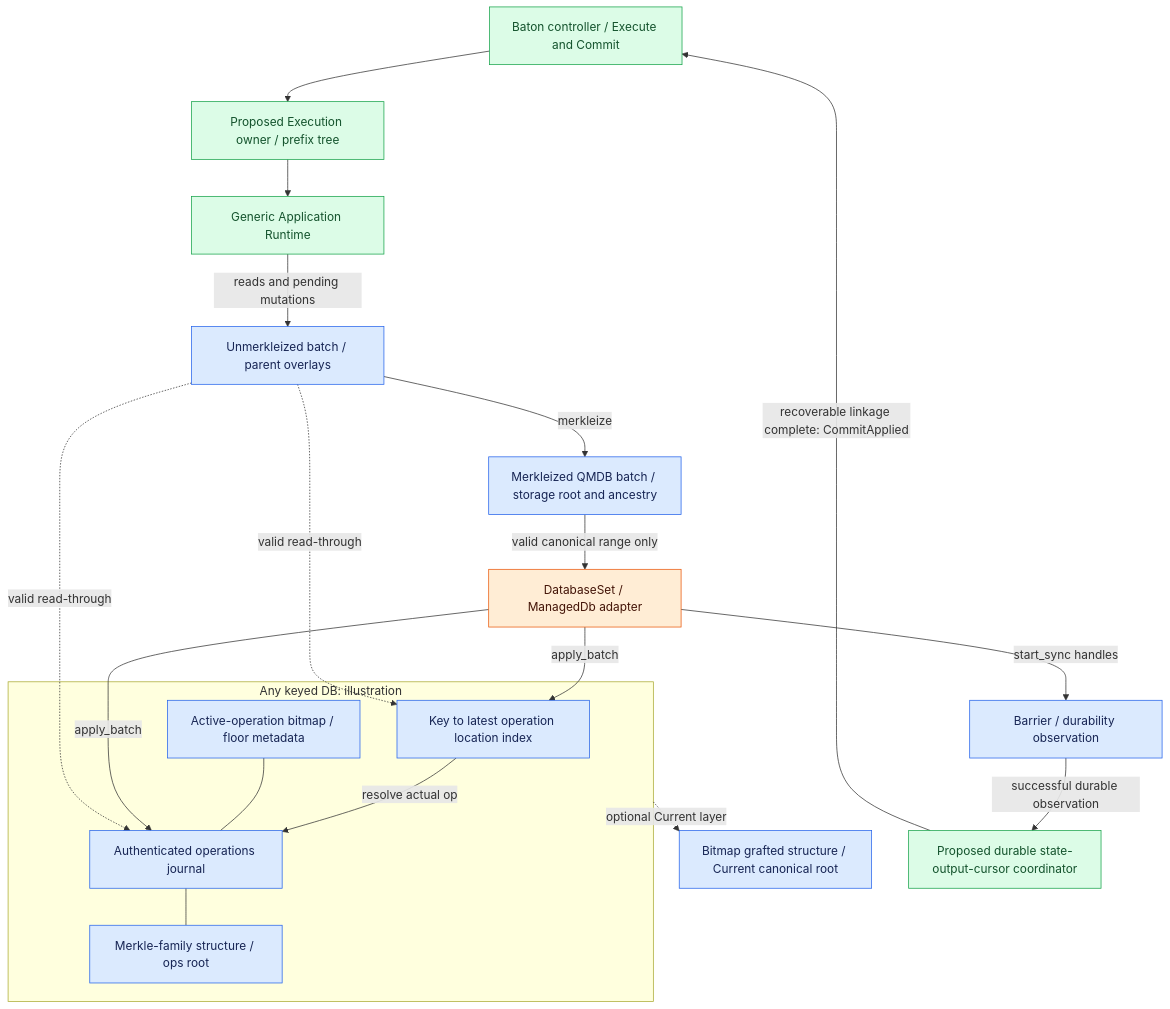
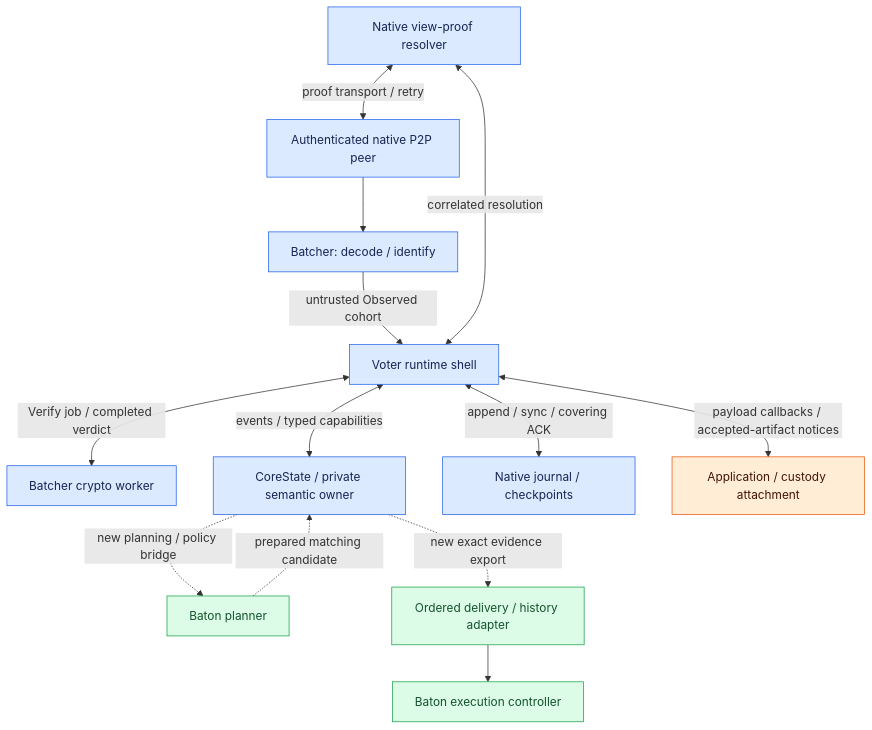
Before and after one commit to djm07073/baton-research: the diagram in assets/diagrams/diagram-16.mmd, drawn with Mermaid. The commit also changed 13 other files, not shown here.

Commit message:
docs: diagram native dissemination and agreement flow

```diff
--- a/assets/diagrams/diagram-16.mmd
+++ b/assets/diagrams/diagram-16.mmd
@@ -1,29 +1,19 @@
 flowchart TB
-    B[Baton controller / Execute and Commit] --> O[Proposed Execution owner / prefix tree]
-    O --> R[Generic Application Runtime]
-    R -->|reads and pending mutations| U[Unmerkleized batch / parent overlays]
-    U -->|merkleize| K[Merkleized QMDB batch / storage root and ancestry]
-    K -->|valid canonical range only| D[DatabaseSet / ManagedDb adapter]
-    subgraph Q[Any keyed DB: illustration]
-        I[Key to latest operation location index]
-        L[Authenticated operations journal]
-        M[Merkle-family structure / ops root]
-        A[Active-operation bitmap / floor metadata]
-        I -->|resolve actual op| L
-        L --- M
-        A --- L
-    end
-    D -->|apply_batch| I
-    D -->|apply_batch| L
-    U -. valid read-through .-> I
-    U -. valid read-through .-> L
-    Q -. optional Current layer .-> C[Bitmap grafted structure / Current canonical root]
-    D -->|start_sync handles| F[Barrier / durability observation]
-    F -->|successful durable observation| J[Proposed durable state-output-cursor coordinator]
-    J -->|recoverable linkage complete: CommitApplied| B
+    W[Authenticated native P2P peer] --> B[Batcher: decode / identify]
+    B -->|untrusted Observed cohort| V[Voter runtime shell]
+    V <-->|Verify job / completed verdict| K[Batcher crypto worker]
+    R[Native view-proof resolver] <-->|proof transport / retry| W
+    R <-->|correlated resolution| V
+    V <-->|events / typed capabilities| C[CoreState / private semantic owner]
+    V <-->|append / sync / covering ACK| J[Native journal / checkpoints]
+    V <-->|payload callbacks / accepted-artifact notices| A[Application / custody attachment]
+    C -. new planning / policy bridge .-> P[Baton planner]
+    P -. prepared matching candidate .-> C
+    C -. new exact evidence export .-> D[Ordered delivery / history adapter]
+    D --> E[Baton execution controller]
     classDef reuse fill:#dbeafe,stroke:#2563eb,color:#172554;
     classDef adapt fill:#ffedd5,stroke:#ea580c,color:#431407;
     classDef fresh fill:#dcfce7,stroke:#16a34a,color:#14532d;
-    class U,K,I,L,M,A,C,F reuse;
-    class D adapt;
-    class B,O,R,J fresh;
+    class W,B,K,V,R,C,J reuse;
+    class A adapt;
+    class P,D,E fresh;
```
